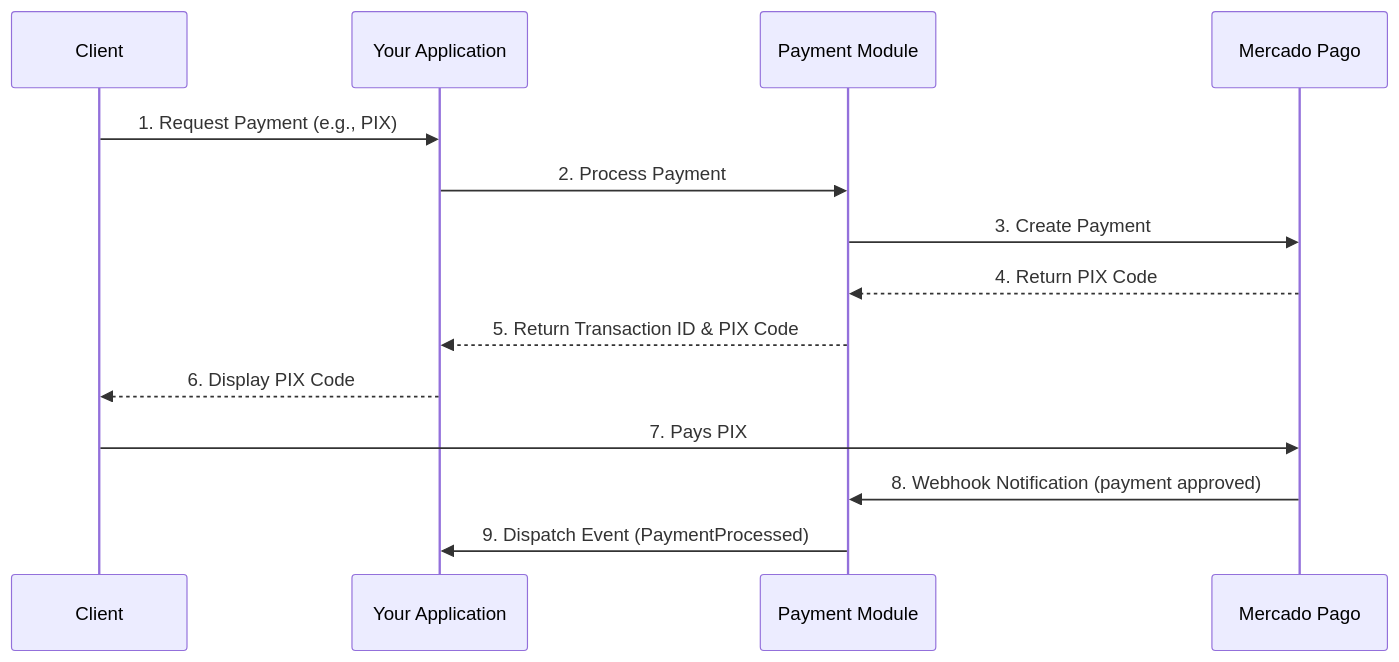
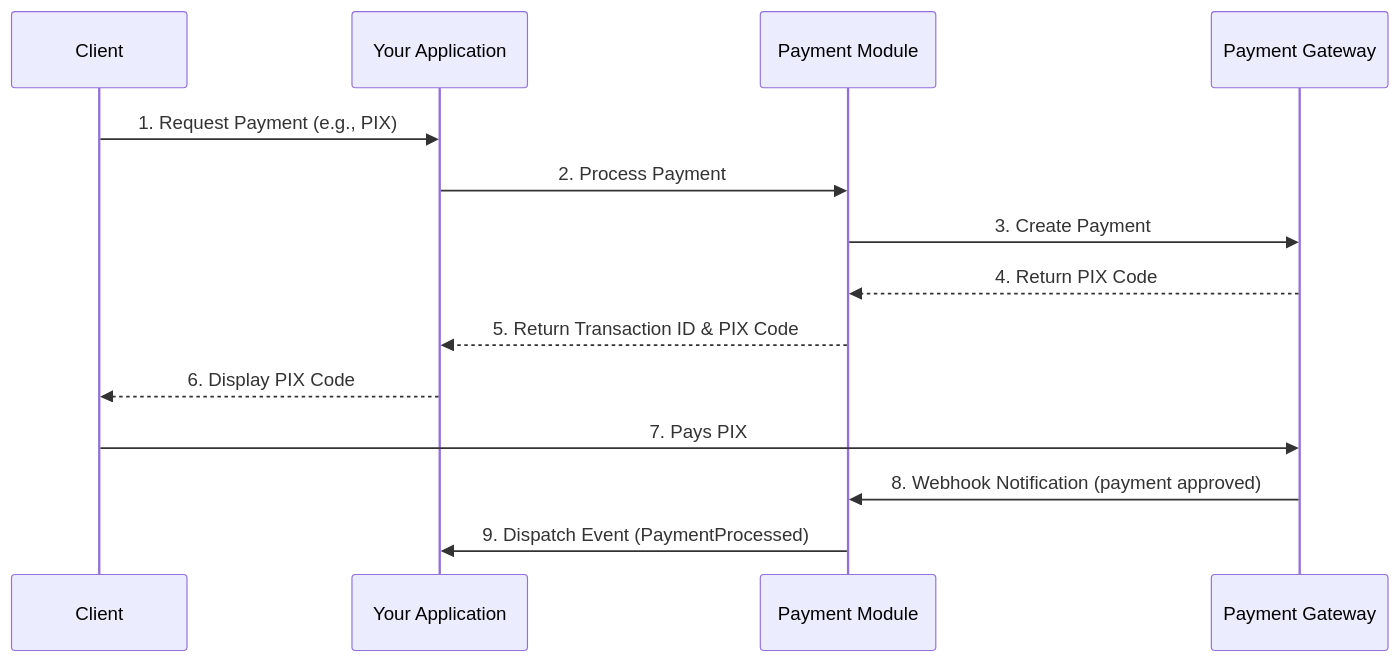
Before and after one commit to uendelsilveira/payment-module-manager: the diagram in README.md, drawn with Mermaid. The commit also changed other lines of this file and 32 other files, not shown here.

Commit message:
feat: add PayPal and Stripe gateways, enhance payment gateway management

````diff
--- a/README.md
+++ b/README.md
@@ -288,17 +365,17 @@
 ```mermaid
 sequenceDiagram
     participant Client
     participant Your Application
     participant Payment Module
-    participant Mercado Pago
+    participant Payment Gateway
 
     Client->>Your Application: 1. Request Payment (e.g., PIX)
     Your Application->>Payment Module: 2. Process Payment
-    Payment Module->>Mercado Pago: 3. Create Payment
-    Mercado Pago-->>Payment Module: 4. Return PIX Code
+    Payment Module->>Payment Gateway: 3. Create Payment
+    Payment Gateway-->>Payment Module: 4. Return PIX Code
     Payment Module-->>Your Application: 5. Return Transaction ID & PIX Code
     Your Application-->>Client: 6. Display PIX Code
-    Client->>Mercado Pago: 7. Pays PIX
-    Mercado Pago->>Payment Module: 8. Webhook Notification (payment approved)
+    Client->>Payment Gateway: 7. Pays PIX
+    Payment Gateway->>Payment Module: 8. Webhook Notification (payment approved)
     Payment Module->>Your Application: 9. Dispatch Event (PaymentProcessed)
 ```
````
